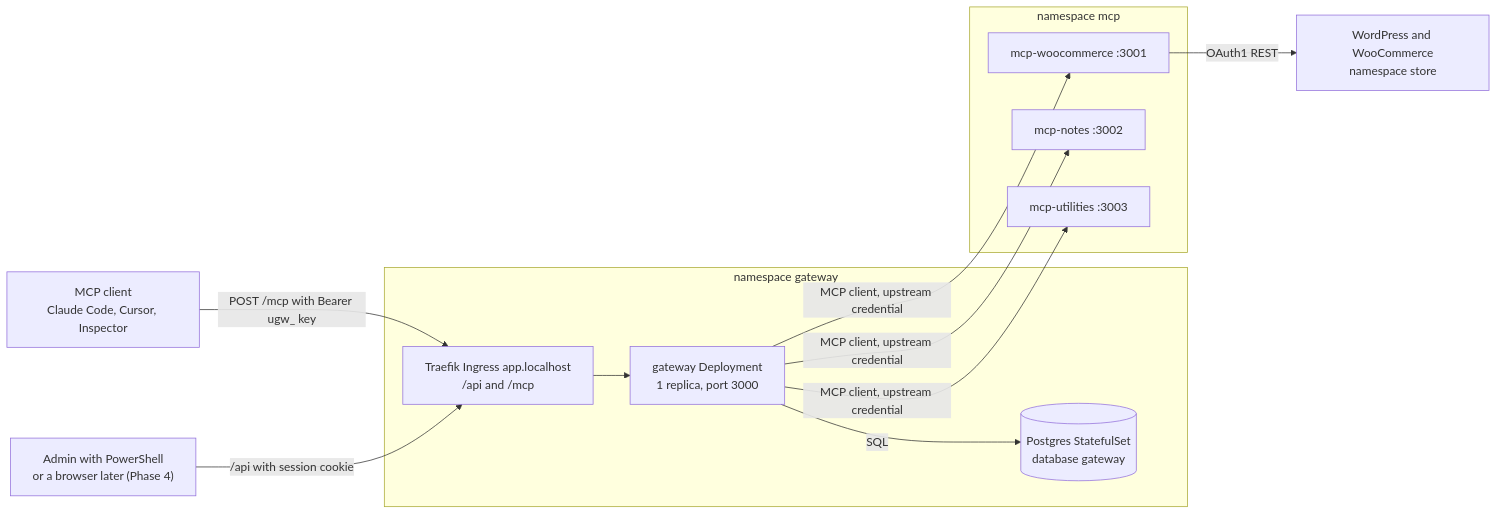
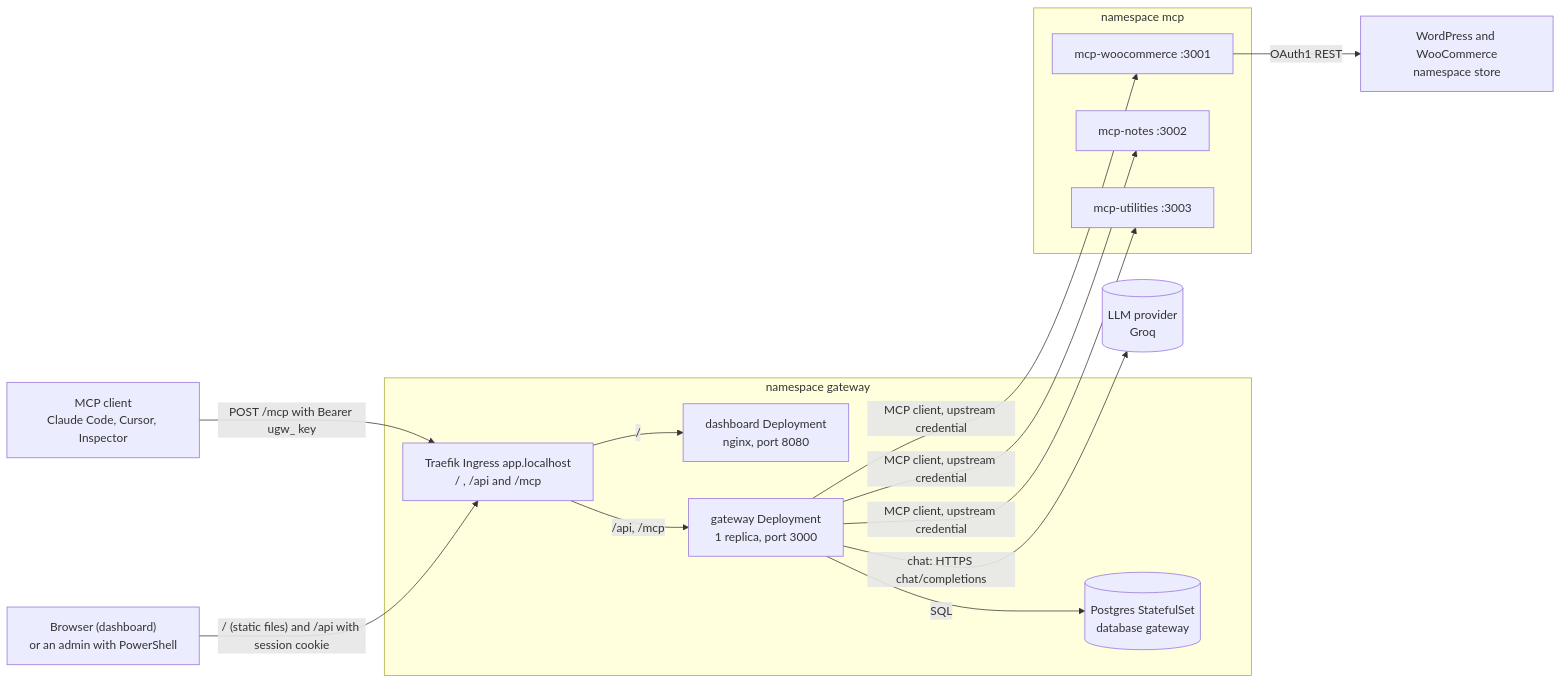
The first of 4 diagrams in docs/system-design.md (tushar66sharma/MCP-Gateway-on-Kubernetes), drawn with Mermaid before and after one commit. The commit also changed other lines of this file and 3 other files, not shown here.

Commit message:
docs: describe the dashboard and chat agent in architecture, system design, security and error handling

````diff
--- a/docs/system-design.md
+++ b/docs/system-design.md
@@ -9,24 +9,28 @@
 ```mermaid
 flowchart LR
   CL["MCP client<br/>Claude Code, Cursor, Inspector"]
-  OP["Admin with PowerShell<br/>or a browser later (Phase 4)"]
+  OP["Browser (dashboard)<br/>or an admin with PowerShell"]
   subgraph ns_gw["namespace gateway"]
-    TR["Traefik Ingress app.localhost<br/>/api and /mcp"]
+    TR["Traefik Ingress app.localhost<br/>/ , /api and /mcp"]
+    DS["dashboard Deployment<br/>nginx, port 8080"]
     GW["gateway Deployment<br/>1 replica, port 3000"]
     PG[("Postgres StatefulSet<br/>database gateway")]
   end
+  LLM[("LLM provider<br/>Groq")]
   subgraph ns_mcp["namespace mcp"]
     WOO["mcp-woocommerce :3001"]
     NOTES["mcp-notes :3002"]
     UT["mcp-utilities :3003"]
   end
   WP["WordPress and WooCommerce<br/>namespace store"]
   CL -- "POST /mcp with Bearer ugw_ key" --> TR
-  OP -- "/api with session cookie" --> TR
-  TR --> GW
+  OP -- "/ (static files) and /api with session cookie" --> TR
+  TR -- "/" --> DS
+  TR -- "/api, /mcp" --> GW
   GW -- "SQL" --> PG
+  GW -- "chat: HTTPS chat/completions" --> LLM
   GW -- "MCP client, upstream credential" --> WOO
   GW -- "MCP client, upstream credential" --> NOTES
   GW -- "MCP client, upstream credential" --> UT
   WOO -- "OAuth1 REST" --> WP
 ```
````
